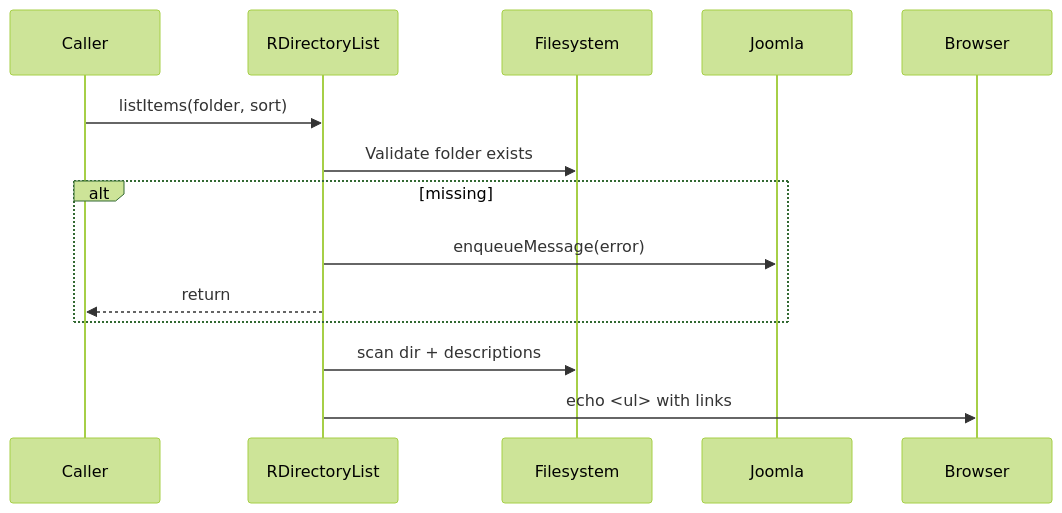
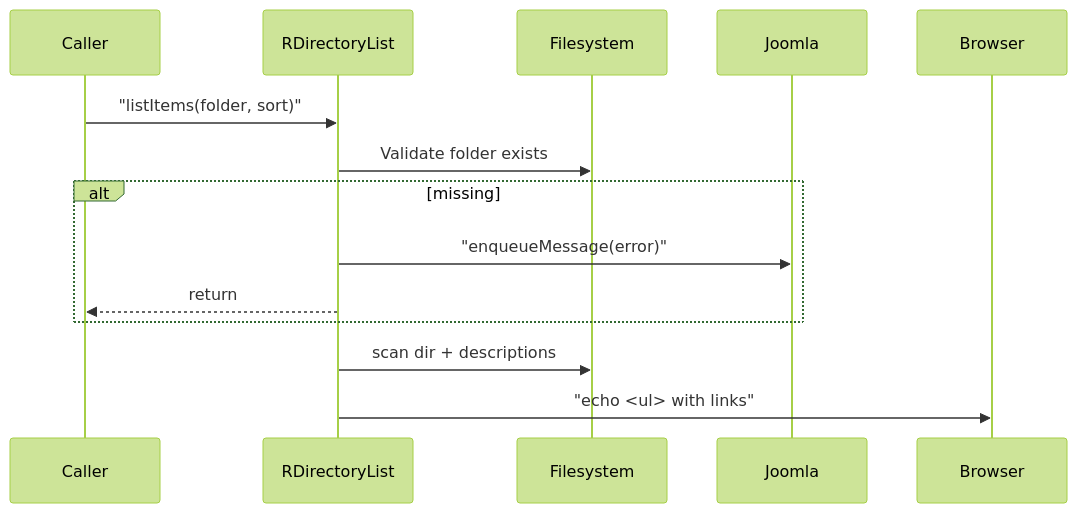
One commit to pauljrhodes/ramblers-library changed the second of 2 diagrams in directory/HLD.md. Above: the diagram before and after it, drawn with Mermaid (forest theme). The commit also changed other lines of this file and 33 other files, not shown here.

First line of the commit message:
Normalize Mermaid diagrams for GitHub rendering (#13)

````diff
--- a/directory/HLD.md
+++ b/directory/HLD.md
@@ -37,17 +37,17 @@
 ```mermaid
 sequenceDiagram
     participant Caller
     participant Dir as RDirectoryList
     participant FS as Filesystem
     participant Joomla
     participant Browser
 
-    Caller->>Dir: listItems(folder, sort)
+    Caller->>Dir: "listItems(folder, sort)"
     Dir->>FS: Validate folder exists
     alt missing
-        Dir->>Joomla: enqueueMessage(error)
+        Dir->>Joomla: "enqueueMessage(error)"
         Dir-->>Caller: return
     end
     Dir->>FS: scan dir + descriptions
-    Dir->>Browser: echo <ul> with links
+    Dir->>Browser: "echo <ul> with links"
 ```
````
